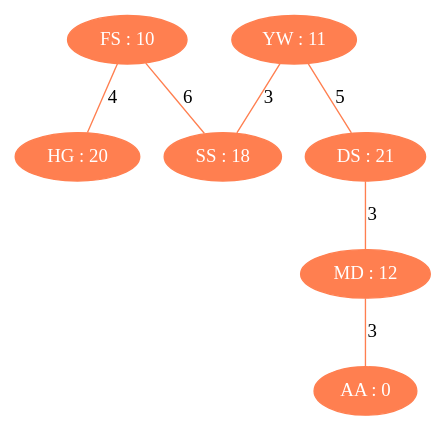
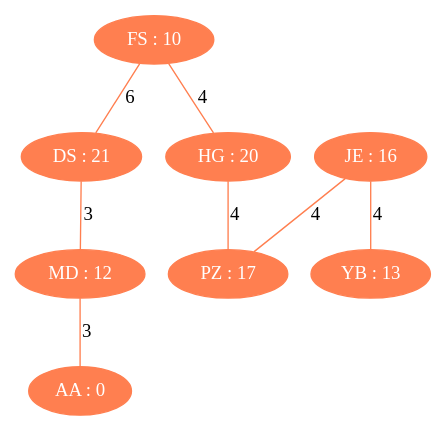
The diagram in racket/2022/16/part1.dot (jrc313/advent-of-code), drawn with Graphviz before and after one commit. The commit also changed 1 other file, not shown here.

```diff
--- a/racket/2022/16/part1.dot
+++ b/racket/2022/16/part1.dot
@@ -1,20 +1,22 @@
 digraph G {
 	node0 [label="FS : 10",fillcolor="coral",color="coral",fontcolor="white",style="filled"];
-	node1 [label="YW : 11",fillcolor="coral",color="coral",fontcolor="white",style="filled"];
-	node2 [label="DS : 21",fillcolor="coral",color="coral",fontcolor="white",style="filled"];
+	node1 [label="DS : 21",fillcolor="coral",color="coral",fontcolor="white",style="filled"];
+	node2 [label="JE : 16",fillcolor="coral",color="coral",fontcolor="white",style="filled"];
 	node3 [label="HG : 20",fillcolor="coral",color="coral",fontcolor="white",style="filled"];
-	node4 [label="SS : 18",fillcolor="coral",color="coral",fontcolor="white",style="filled"];
-	node5 [label="MD : 12",fillcolor="coral",color="coral",fontcolor="white",style="filled"];
-	node6 [label="AA : 0",fillcolor="coral",color="coral",fontcolor="white",style="filled"];
+	node4 [label="PZ : 17",fillcolor="coral",color="coral",fontcolor="white",style="filled"];
+	node5 [label="YB : 13",fillcolor="coral",color="coral",fontcolor="white",style="filled"];
+	node6 [label="MD : 12",fillcolor="coral",color="coral",fontcolor="white",style="filled"];
+	node7 [label="AA : 0",fillcolor="coral",color="coral",fontcolor="white",style="filled"];
 	subgraph U {
 		edge [dir=none];
-		node0 -> node4 [color="coral",label="6"];
 		node0 -> node3 [color="coral",label="4"];
-		node1 -> node4 [color="coral",label="3"];
-		node1 -> node2 [color="coral",label="5"];
-		node2 -> node5 [color="coral",label="3"];
-		node5 -> node6 [color="coral",label="3"];
+		node0 -> node1 [color="coral",label="6"];
+		node1 -> node6 [color="coral",label="3"];
+		node2 -> node5 [color="coral",label="4"];
+		node2 -> node4 [color="coral",label="4"];
+		node3 -> node4 [color="coral",label="4"];
+		node6 -> node7 [color="coral",label="3"];
 	}
 	subgraph D {
 	}
 }
```
